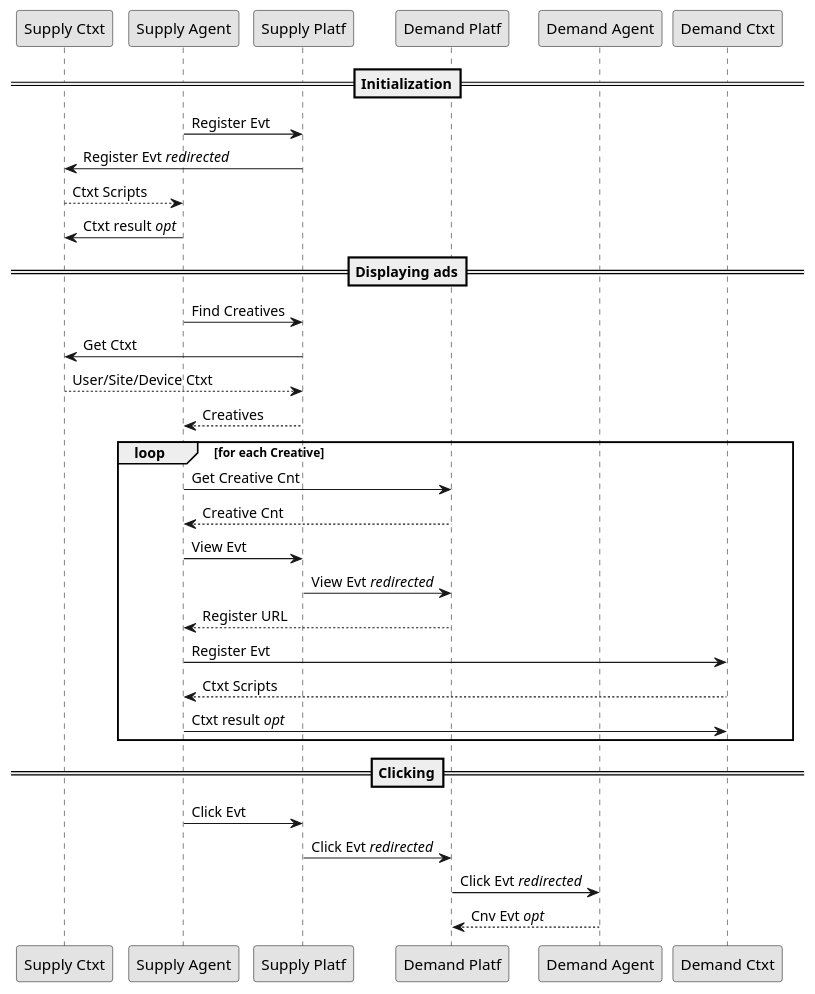
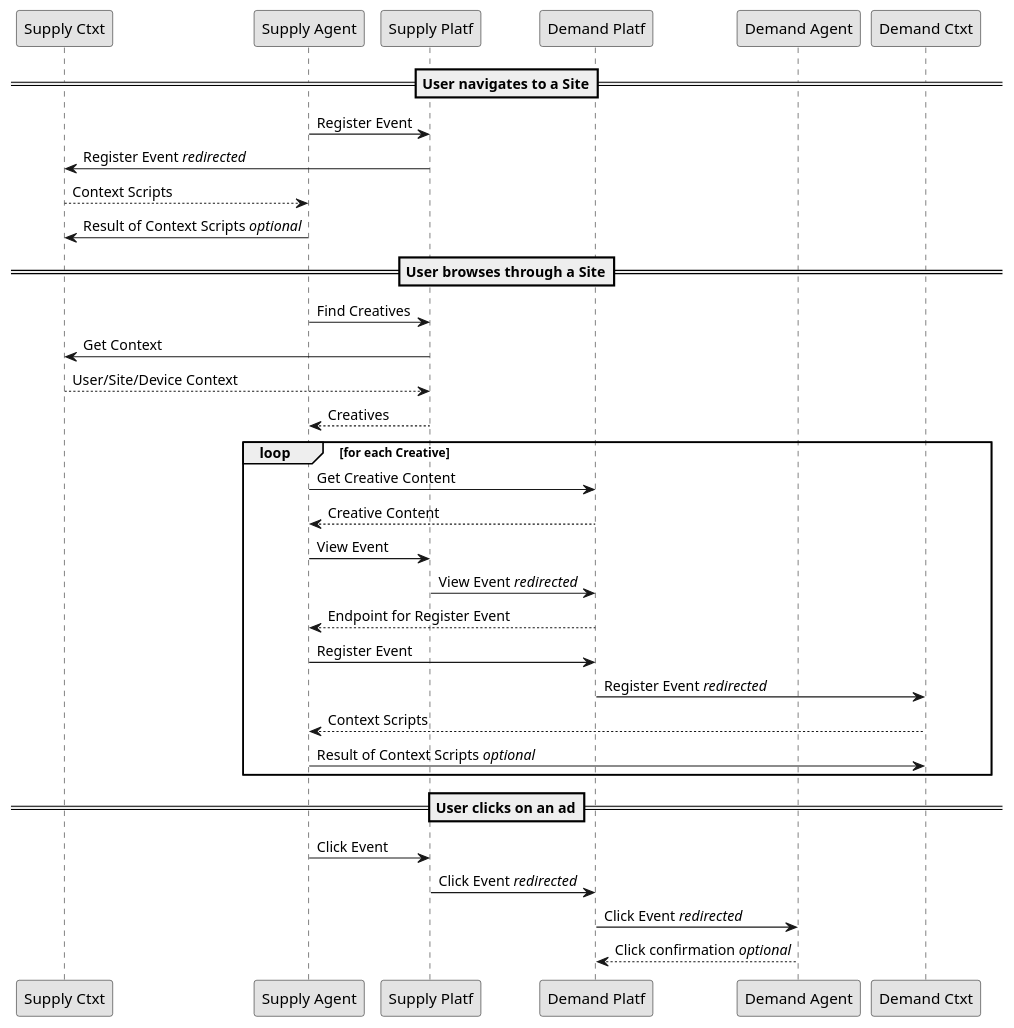
Before and after one commit to adshares/adshares-docs: the diagram in protocol/impressions/index.rst, drawn with PlantUML. The commit also changed 3 other files, not shown here.

Commit message:
UML diagrams

```diff
--- a/protocol/impressions/index.rst
+++ b/protocol/impressions/index.rst
@@ -6,43 +6,44 @@
 .. uml::
     :align: center
 
     skinparam monochrome true
 
     participant "Supply Ctxt"      as SCP
     participant "Supply Agent"     as SSA
     participant "Supply Platf"     as SSP
     participant "Demand Platf"     as DSP
     participant "Demand Agent"     as DSA
-    participant "Demand Ctxt"      as DCP    
+    participant "Demand Ctxt"      as DCP
 
-    ==Initialization==
+    ==User navigates to a Site==
 
-    SSA -> SSP : Register Evt
-    SSP -> SCP : Register Evt //redirected//
-    SCP --> SSA: Ctxt Scripts
-    SSA -> SCP: Ctxt result //opt//
+    SSA -> SSP : Register Event
+    SSP -> SCP : Register Event //redirected//
+    SCP --> SSA: Context Scripts
+    SSA -> SCP: Result of Context Scripts //optional//
 
-    ==Displaying ads==
+    ==User browses through a Site==
 
     SSA -> SSP : Find Creatives
-    SSP -> SCP : Get Ctxt
-    SCP --> SSP : User/Site/Device Ctxt
+    SSP -> SCP : Get Context
+    SCP --> SSP : User/Site/Device Context
     SSP --> SSA : Creatives
 
     loop for each Creative
-        SSA -> DSP : Get Creative Cnt
-        DSP --> SSA : Creative Cnt
-        SSA -> SSP : View Evt
-        SSP -> DSP: View Evt //redirected//
-        DSP --> SSA: Register URL
-        SSA -> DCP : Register Evt
-        DCP --> SSA: Ctxt Scripts
-        SSA -> DCP: Ctxt result //opt//
+        SSA -> DSP : Get Creative Content
+        DSP --> SSA : Creative Content
+        SSA -> SSP : View Event
+        SSP -> DSP: View Event //redirected//
+        DSP --> SSA: Endpoint for Register Event
+        SSA -> DSP : Register Event
+        DSP -> DCP: Register Event //redirected//
+        DCP --> SSA: Context Scripts
+        SSA -> DCP: Result of Context Scripts //optional//
     end
     
-    ==Clicking==
+    ==User clicks on an ad==
 
-    SSA -> SSP : Click Evt
-    SSP -> DSP : Click Evt //redirected//
-    DSP -> DSA : Click Evt //redirected//
-    DSA --> DSP: Cnv Evt //opt//
+    SSA -> SSP : Click Event
+    SSP -> DSP : Click Event //redirected//
+    DSP -> DSA : Click Event //redirected//
+    DSA --> DSP: Click confirmation //optional//
```
